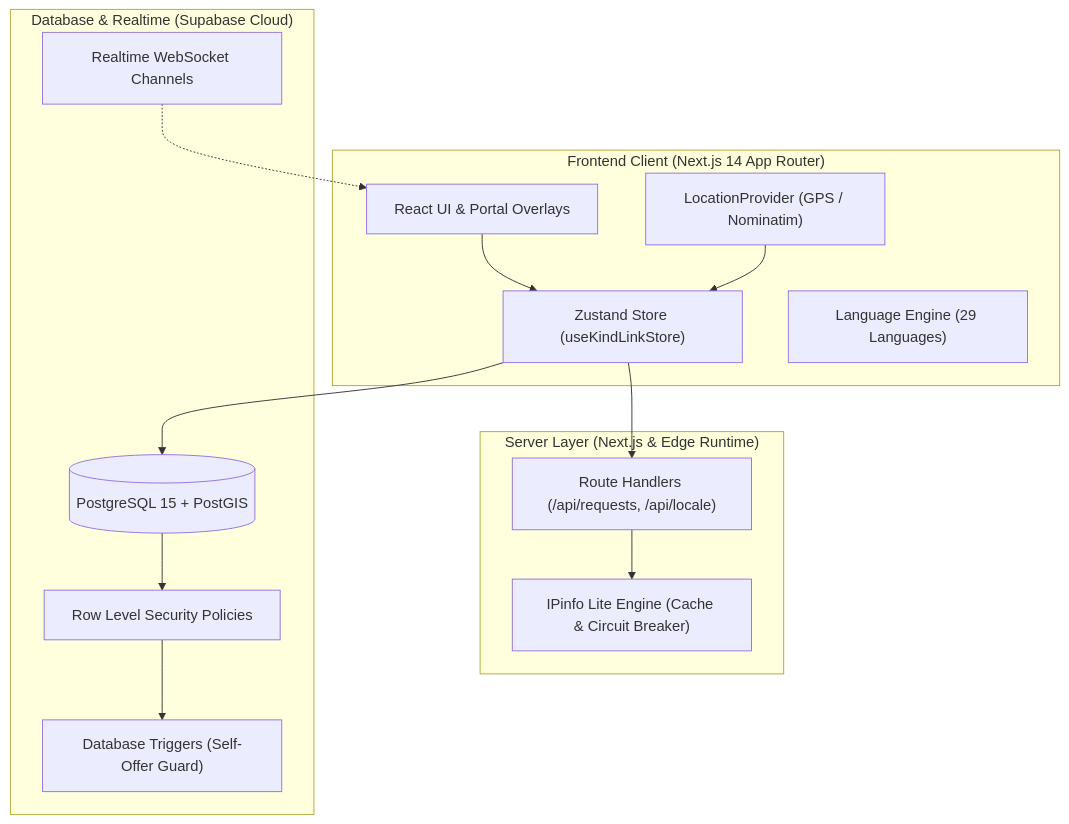
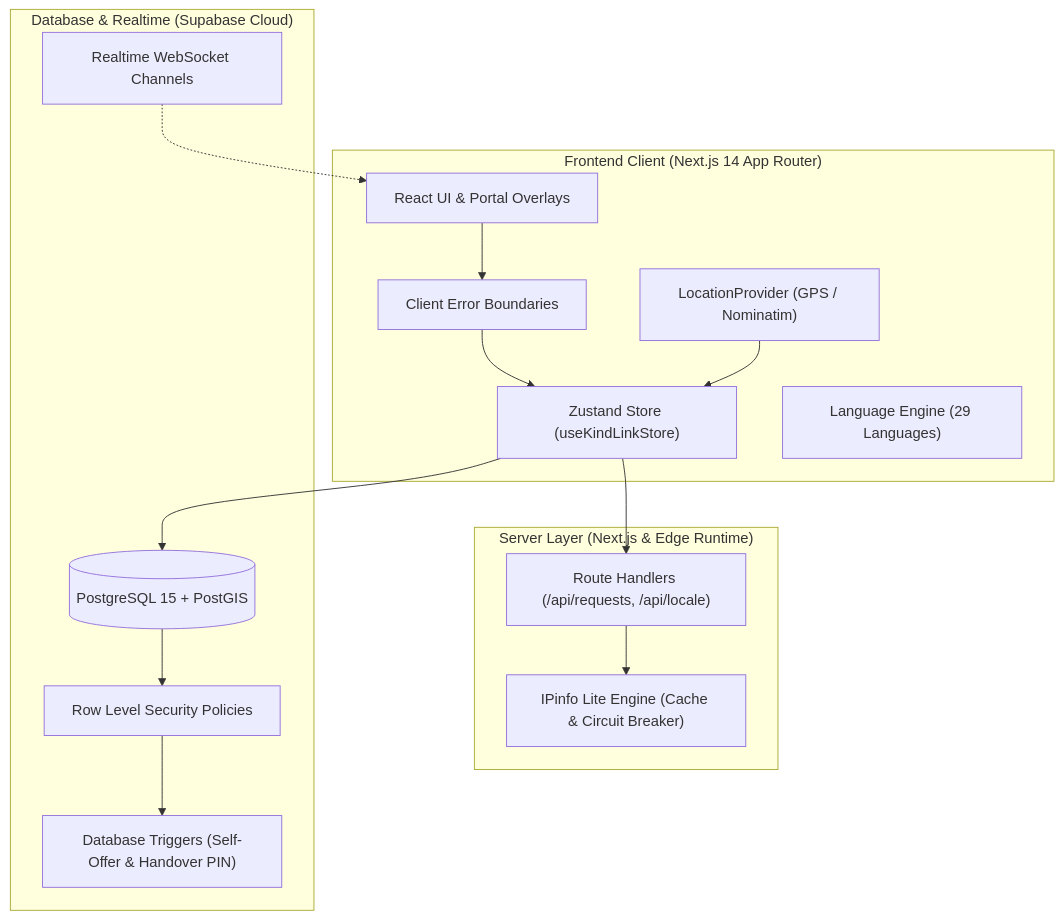
Before and after one commit to krishkumarcodes/KindLink: the diagram in README.md, drawn with Mermaid. The commit also changed other lines of this file and 6 other files, not shown here.

````diff
--- a/README.md
+++ b/README.md
@@ -336,30 +403,32 @@
 ```mermaid
 flowchart TD
     subgraph Client["Frontend Client (Next.js 14 App Router)"]
         UI["React UI & Portal Overlays"]
         Zustand["Zustand Store (useKindLinkStore)"]
         Location["LocationProvider (GPS / Nominatim)"]
         Translate["Language Engine (29 Languages)"]
+        ErrorBoundary["Client Error Boundaries"]
     end
 
     subgraph Server["Server Layer (Next.js & Edge Runtime)"]
         API["Route Handlers (/api/requests, /api/locale)"]
         IPinfo["IPinfo Lite Engine (Cache & Circuit Breaker)"]
     end
 
     subgraph Backend["Database & Realtime (Supabase Cloud)"]
         Postgres[("PostgreSQL 15 + PostGIS")]
         RLS["Row Level Security Policies"]
-        Triggers["Database Triggers (Self-Offer Guard)"]
+        Triggers["Database Triggers (Self-Offer & Handover PIN)"]
         Realtime["Realtime WebSocket Channels"]
     end
 
-    UI --> Zustand
+    UI --> ErrorBoundary
+    ErrorBoundary --> Zustand
     Location --> Zustand
     Zustand --> API
     API --> IPinfo
     Zustand --> Postgres
     Postgres --> RLS
     RLS --> Triggers
     Realtime -.-> UI
 ```
````
